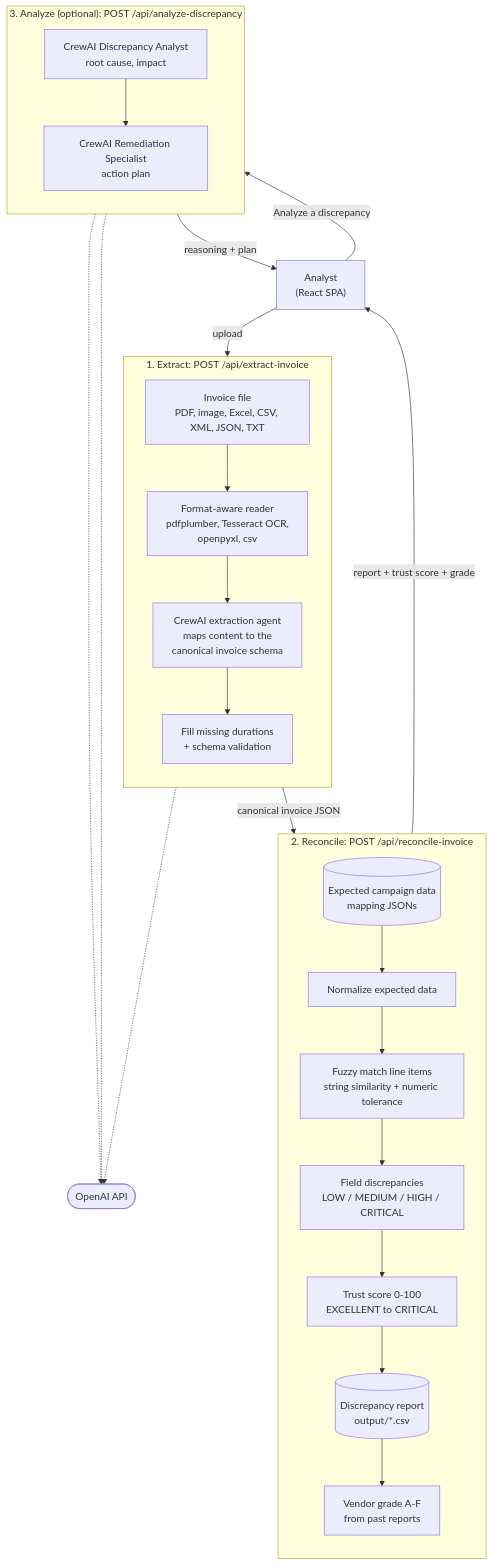
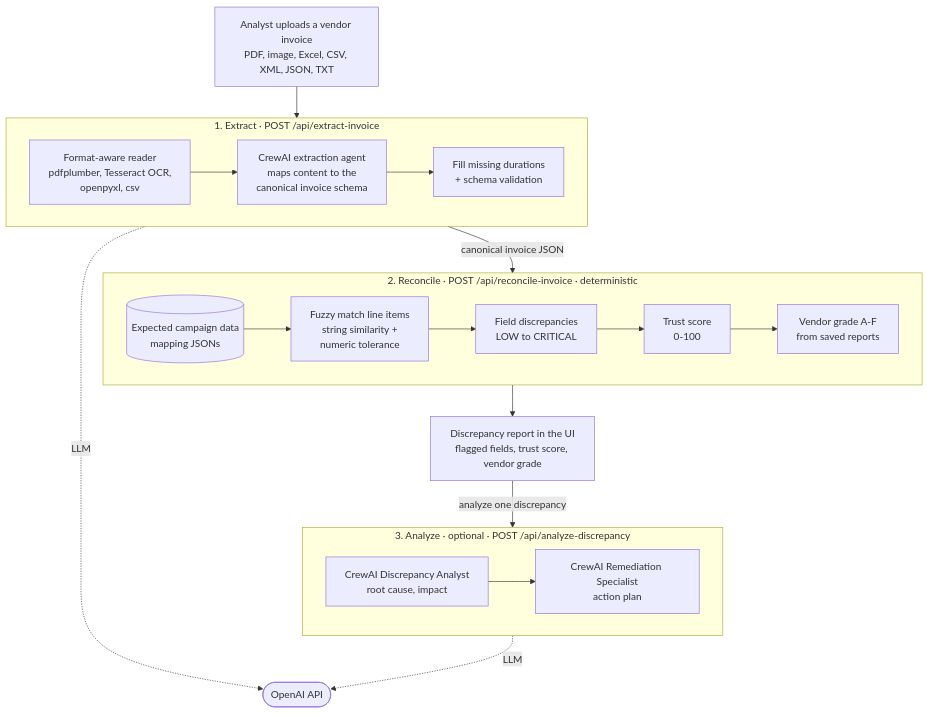
Before and after one commit to akhiljoe/media-reconciliation-agent: the first of 2 diagrams in README.md, drawn with Mermaid.

Commit message:
docs: lay out the pipeline diagram top to bottom in stage order

````diff
--- a/README.md
+++ b/README.md
@@ -54,44 +54,40 @@
 ```mermaid
 flowchart TB
-    User["Analyst<br/>(React SPA)"]
+    Upload["Analyst uploads a vendor invoice<br/>PDF, image, Excel, CSV, XML, JSON, TXT"]
 
-    subgraph Extract["1. Extract: POST /api/extract-invoice"]
-        direction TB
-        Upload["Invoice file<br/>PDF, image, Excel, CSV, XML, JSON, TXT"]
+    subgraph Extract["1. Extract · POST /api/extract-invoice"]
+        direction LR
         Parse["Format-aware reader<br/>pdfplumber, Tesseract OCR,<br/>openpyxl, csv"]
         ExtractAgent["CrewAI extraction agent<br/>maps content to the<br/>canonical invoice schema"]
         Validate["Fill missing durations<br/>+ schema validation"]
-        Upload --> Parse --> ExtractAgent --> Validate
+        Parse --> ExtractAgent --> Validate
     end
 
-    subgraph Reconcile["2. Reconcile: POST /api/reconcile-invoice"]
-        direction TB
+    subgraph Reconcile["2. Reconcile · POST /api/reconcile-invoice · deterministic"]
+        direction LR
         Expected[("Expected campaign data<br/>mapping JSONs")]
-        Normalize["Normalize expected data"]
-        Match["Fuzzy match line items<br/>string similarity + numeric tolerance"]
-        Severity["Field discrepancies<br/>LOW / MEDIUM / HIGH / CRITICAL"]
-        Trust["Trust score 0-100<br/>EXCELLENT to CRITICAL"]
-        Report[("Discrepancy report<br/>output/*.csv")]
-        Grade["Vendor grade A-F<br/>from past reports"]
-        Expected --> Normalize --> Match
-        Match --> Severity --> Trust --> Report --> Grade
+        Match["Fuzzy match line items<br/>string similarity +<br/>numeric tolerance"]
+        Severity["Field discrepancies<br/>LOW to CRITICAL"]
+        Trust["Trust score<br/>0-100"]
+        Grade["Vendor grade A-F<br/>from saved reports"]
+        Expected --> Match --> Severity --> Trust --> Grade
     end
 
-    subgraph Analyze["3. Analyze (optional): POST /api/analyze-discrepancy"]
-        direction TB
+    Results["Discrepancy report in the UI<br/>flagged fields, trust score, vendor grade"]
+
+    subgraph Analyze["3. Analyze · optional · POST /api/analyze-discrepancy"]
+        direction LR
         Analyst["CrewAI Discrepancy Analyst<br/>root cause, impact"]
         Remediate["CrewAI Remediation Specialist<br/>action plan"]
         Analyst --> Remediate
     end
 
     OpenAI(["OpenAI API"])
 
-    User -->|upload| Upload
-    Validate -->|canonical invoice JSON| Match
-    Grade -->|report + trust score + grade| User
-    User -->|Analyze a discrepancy| Analyst
-    Remediate -->|reasoning + plan| User
-    ExtractAgent -.-> OpenAI
-    Analyst -.-> OpenAI
-    Remediate -.-> OpenAI
+    Upload --> Extract
+    Extract -->|canonical invoice JSON| Reconcile
+    Reconcile --> Results
+    Results -->|analyze one discrepancy| Analyze
+    Extract -.->|LLM| OpenAI
+    Analyze -.->|LLM| OpenAI
 ```
````
